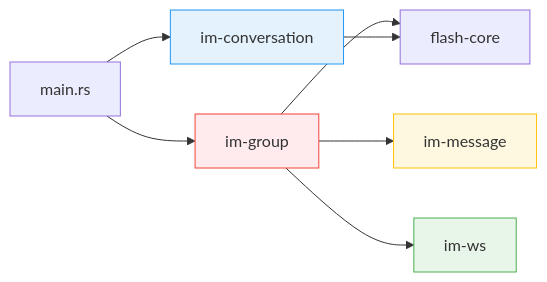
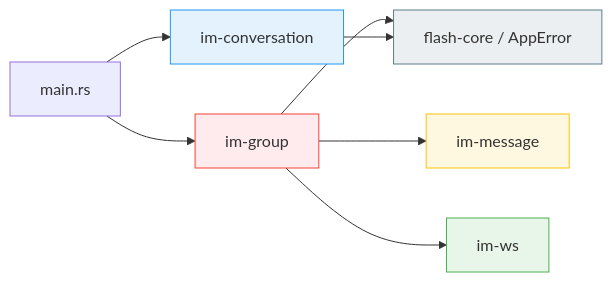
Before and after one commit to toly1994328/flash_im_by_ai: the first of 8 diagrams in docs/features/archiver/modules/group/server.md, drawn with Mermaid. The commit also changed other lines of this file and 33 other files, not shown here.

````diff
--- a/docs/features/archiver/modules/group/server.md
+++ b/docs/features/archiver/modules/group/server.md
@@ -20,14 +21,15 @@
 ```mermaid
 graph LR
     MAIN[main.rs] --> IG[im-group]
     MAIN --> IC[im-conversation]
-    IG --> FC[flash-core]
+    IG --> FC[flash-core / AppError]
     IG --> IM[im-message]
     IG --> IW[im-ws]
     IC --> FC
 
     style IG fill:#FFEBEE,stroke:#F44336
     style IC fill:#E3F2FD,stroke:#2196F3
     style IM fill:#FFF8E1,stroke:#FFC107
     style IW fill:#E8F5E9,stroke:#4CAF50
+    style FC fill:#ECEFF1,stroke:#607D8B
 ```
````
